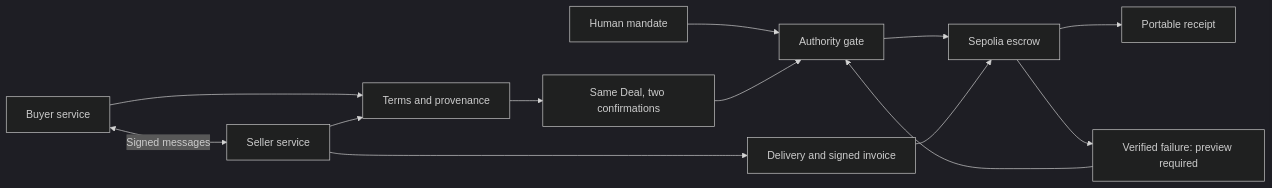
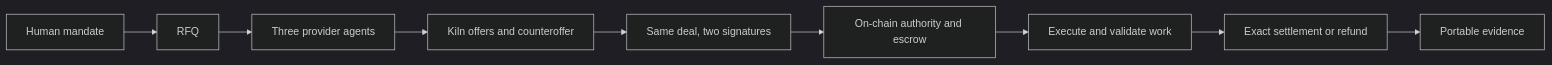
One commit to him55710-sudo/Furiosa-x-bricksum changed the diagram in README.md. Above: the diagram before and after it, drawn with Mermaid (dark theme). The commit also changed other lines of this file and 72 other files, not shown here.

Commit message:
Integrate live negotiated procurement with signed metered settlement

````diff
--- a/README.md
+++ b/README.md
@@ -79,14 +23,11 @@
 ```mermaid
 flowchart LR
-  H[Human mandate] --> G[Authority gate]
-  B[Buyer service] <-->|Signed messages| S[Seller service]
-  B --> L[Terms and provenance]
-  S --> L
-  L --> C[Same Deal, two confirmations]
-  C --> G --> E[Sepolia escrow]
-  S --> V[Delivery and signed invoice]
-  V --> E
-  E --> R[Portable receipt]
-  E --> M[Verified failure: preview required]
-  M --> G
+    H[Human mandate] --> R[RFQ]
+    R --> P[Three provider agents]
+    P --> N[Kiln offers and counteroffer]
+    N --> D[Same deal, two signatures]
+    D --> V[On-chain authority and escrow]
+    V --> W[Execute and validate work]
+    W --> S[Exact settlement or refund]
+    S --> E[Portable evidence]
 ```
````
